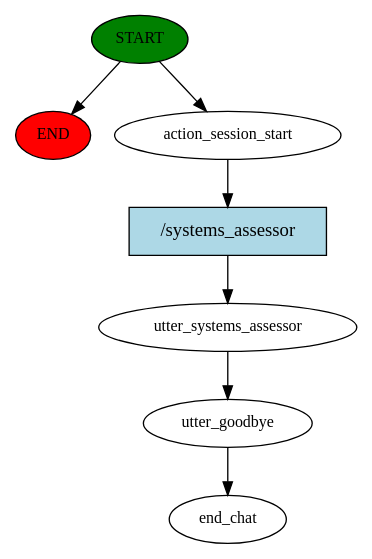
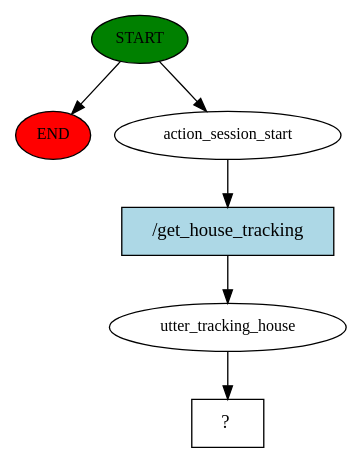
Before and after one commit to AlejandroChitivaC/BotPythonRasa: the diagram in story_graph.dot, drawn with Graphviz. The commit also changed 5 other files, not shown here.

```diff
--- a/story_graph.dot
+++ b/story_graph.dot
@@ -1,15 +1,13 @@
 digraph  {
 0 [class="start active", fillcolor=green, fontsize=12, label=START, style=filled];
 "-1" [class=end, fillcolor=red, fontsize=12, label=END, style=filled];
 1 [class=active, fontsize=12, label=action_session_start];
-2 [class=active, fontsize=12, label=utter_systems_assessor];
-3 [class=active, fontsize=12, label=utter_goodbye];
-4 [class="dashed active", fontsize=12, label=end_chat];
-5 [class="intent active", fillcolor=lightblue, label="/systems_assessor", shape=rect, style=filled];
+2 [class=active, fontsize=12, label=utter_tracking_house];
+3 [class="intent dashed active", label="  ?  ", shape=rect];
+4 [class="intent active", fillcolor=lightblue, label="/get_house_tracking", shape=rect, style=filled];
 0 -> "-1"  [class="", key=NONE, label=""];
 0 -> 1  [class=active, key=NONE, label=""];
-1 -> 5  [class=active, key=0];
+1 -> 4  [class=active, key=0];
 2 -> 3  [class=active, key=NONE, label=""];
-3 -> 4  [class=active, key=NONE, label=""];
-5 -> 2  [class=active, key=0];
+4 -> 2  [class=active, key=0];
 }
```
